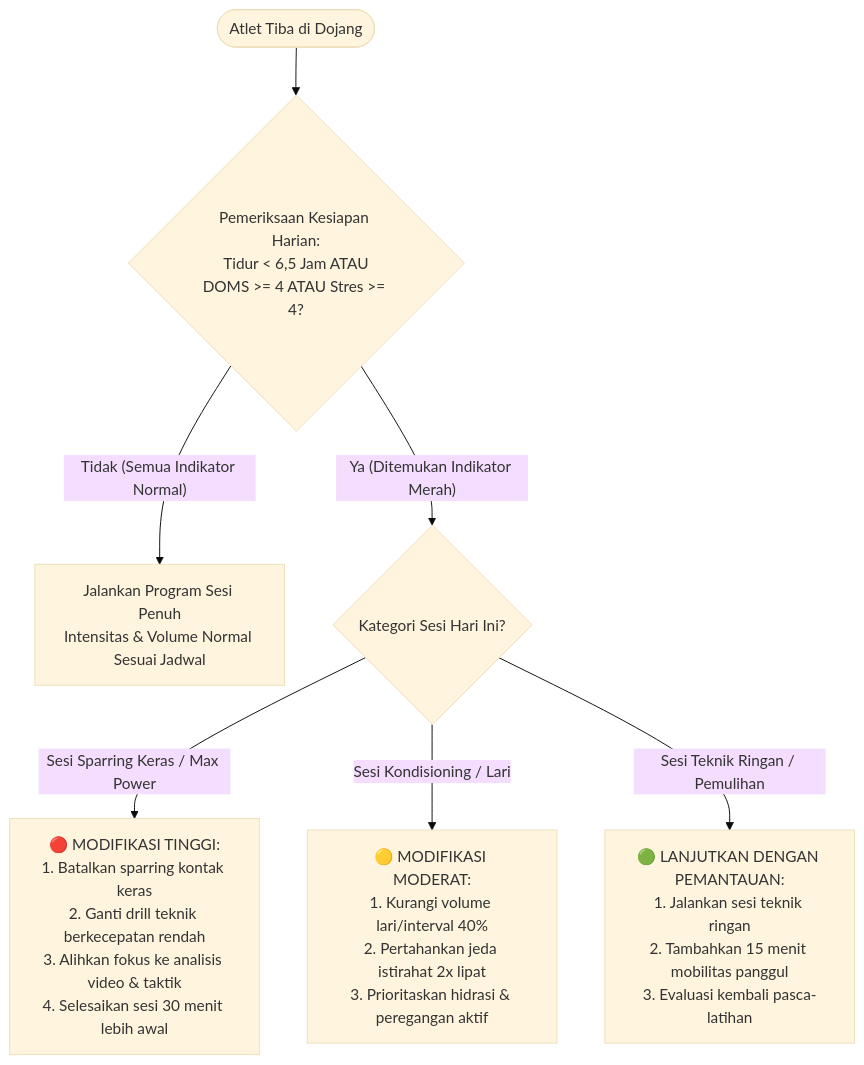
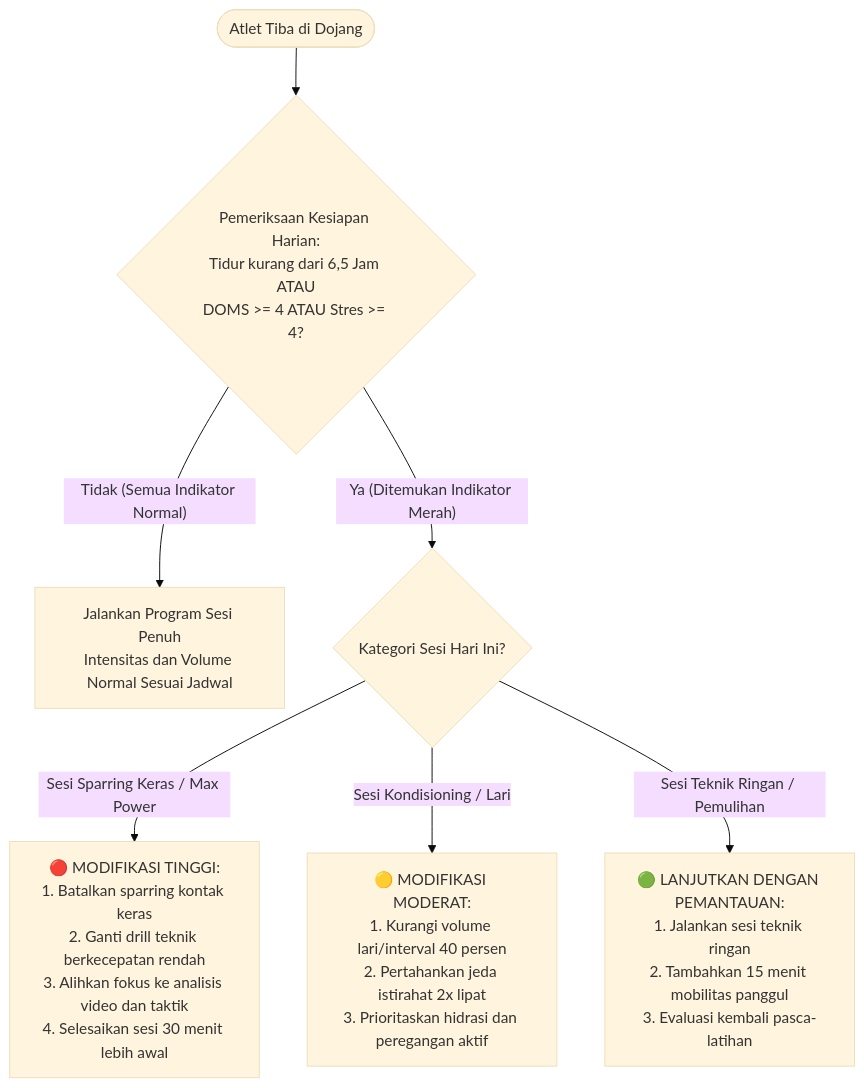
The second of 4 diagrams in books/seni-melatih-atlet-taekwondo/07-menyusun-program-terpadu.md (wsugiri/book-hubs), drawn with Mermaid (base theme) before and after one commit. The commit also changed other lines of this file and 4 other files, not shown here.

````diff
--- a/books/seni-melatih-atlet-taekwondo/07-menyusun-program-terpadu.md
+++ b/books/seni-melatih-atlet-taekwondo/07-menyusun-program-terpadu.md
@@ -132,14 +132,14 @@
 ```mermaid
 flowchart TD
-    Start([Atlet Tiba di Dojang]) --> CheckWellness{Pemeriksaan Kesiapan Harian:<br/>Tidur < 6,5 Jam ATAU<br/>DOMS >= 4 ATAU Stres >= 4?}
+    Start(["Atlet Tiba di Dojang"]) --> CheckWellness{"Pemeriksaan Kesiapan Harian:<br/>Tidur kurang dari 6,5 Jam ATAU<br/>DOMS >= 4 ATAU Stres >= 4?"}
     
-    CheckWellness -- Tidak (Semua Indikator Normal) --> NormalSession[Jalankan Program Sesi Penuh<br/>Intensitas & Volume Normal Sesuai Jadwal]
+    CheckWellness -- "Tidak (Semua Indikator Normal)" --> NormalSession["Jalankan Program Sesi Penuh<br/>Intensitas dan Volume Normal Sesuai Jadwal"]
     
-    CheckWellness -- Ya (Ditemukan Indikator Merah) --> CheckType{Kategori Sesi Hari Ini?}
+    CheckWellness -- "Ya (Ditemukan Indikator Merah)" --> CheckType{"Kategori Sesi Hari Ini?"}
     
-    CheckType -- Sesi Sparring Keras / Max Power --> ModifyHigh[🔴 MODIFIKASI TINGGI:<br/>1. Batalkan sparring kontak keras<br/>2. Ganti drill teknik berkecepatan rendah<br/>3. Alihkan fokus ke analisis video & taktik<br/>4. Selesaikan sesi 30 menit lebih awal]
+    CheckType -- "Sesi Sparring Keras / Max Power" --> ModifyHigh["🔴 MODIFIKASI TINGGI:<br/>1. Batalkan sparring kontak keras<br/>2. Ganti drill teknik berkecepatan rendah<br/>3. Alihkan fokus ke analisis video dan taktik<br/>4. Selesaikan sesi 30 menit lebih awal"]
     
-    CheckType -- Sesi Kondisioning / Lari --> ModifyMed[🟡 MODIFIKASI MODERAT:<br/>1. Kurangi volume lari/interval 40%<br/>2. Pertahankan jeda istirahat 2x lipat<br/>3. Prioritaskan hidrasi & peregangan aktif]
+    CheckType -- "Sesi Kondisioning / Lari" --> ModifyMed["🟡 MODIFIKASI MODERAT:<br/>1. Kurangi volume lari/interval 40 persen<br/>2. Pertahankan jeda istirahat 2x lipat<br/>3. Prioritaskan hidrasi dan peregangan aktif"]
     
-    CheckType -- Sesi Teknik Ringan / Pemulihan --> ProceedLight[🟢 LANJUTKAN DENGAN PEMANTAUAN:<br/>1. Jalankan sesi teknik ringan<br/>2. Tambahkan 15 menit mobilitas panggul<br/>3. Evaluasi kembali pasca-latihan]
+    CheckType -- "Sesi Teknik Ringan / Pemulihan" --> ProceedLight["🟢 LANJUTKAN DENGAN PEMANTAUAN:<br/>1. Jalankan sesi teknik ringan<br/>2. Tambahkan 15 menit mobilitas panggul<br/>3. Evaluasi kembali pasca-latihan"]
 ```
````
